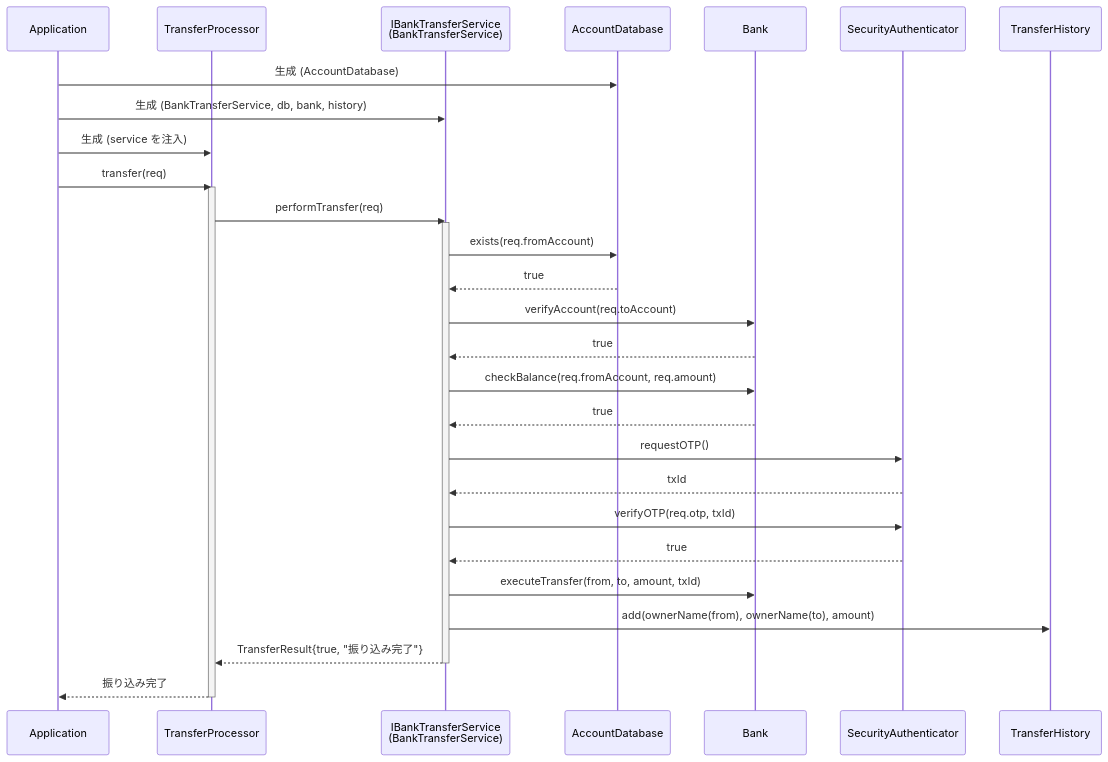
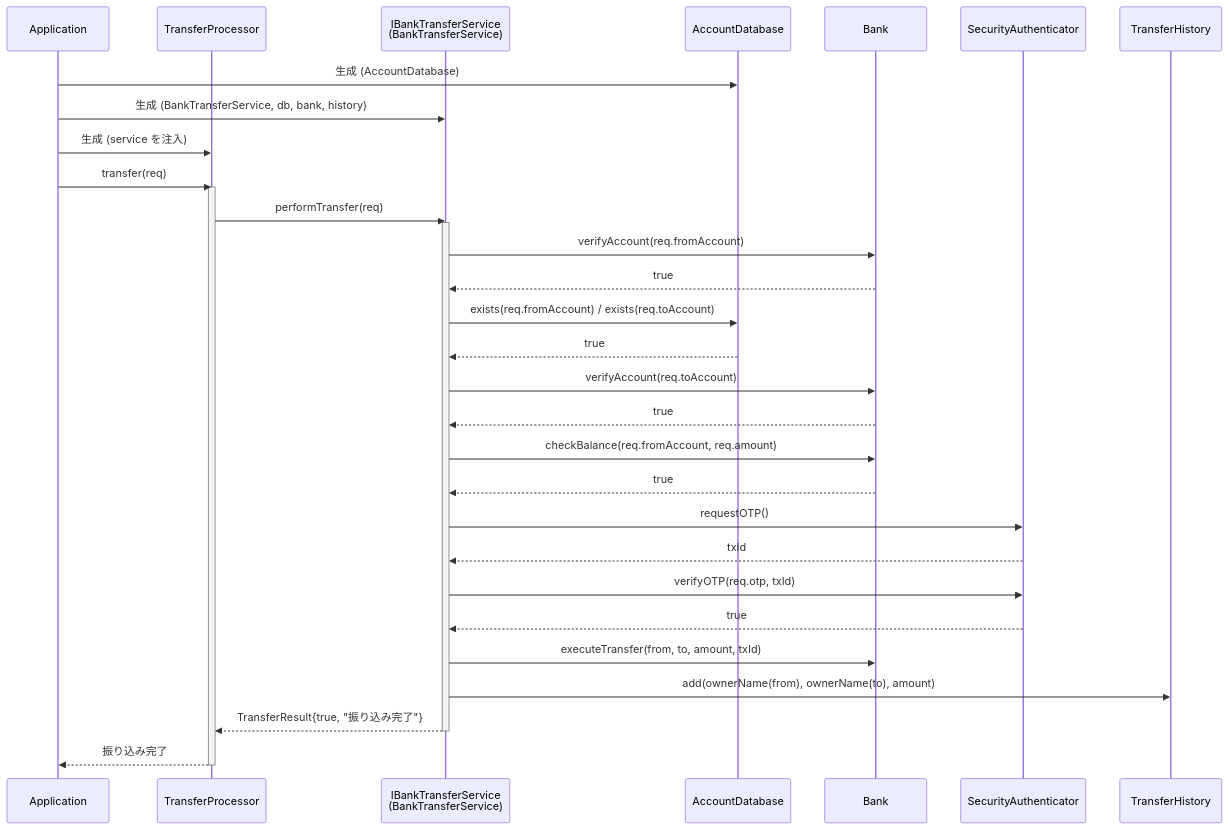
Diagram 15 of 18 in kindle/design-patterns/output/chapter02.md (kumachan1101-pixel/DesignPattern), drawn with Mermaid before and after one commit. The commit also changed other lines of this file and 21 other files, not shown here.

````diff
--- a/kindle/design-patterns/output/chapter02.md
+++ b/kindle/design-patterns/output/chapter02.md
@@ -1734,34 +1780,36 @@
 ```mermaid
 sequenceDiagram
     participant App as Application
     participant T as TransferProcessor
     participant F as IBankTransferService<br/>(BankTransferService)
     participant DB as AccountDatabase
     participant G as Bank
     participant A as SecurityAuthenticator
     participant H as TransferHistory
 
     App->>DB: 生成 (AccountDatabase)
     App->>F: 生成 (BankTransferService, db, bank, history)
     App->>T: 生成 (service を注入)
     App->>T: transfer(req)
     activate T
     T->>F: performTransfer(req)
     activate F
-    F->>DB: exists(req.fromAccount)
+    F->>G: verifyAccount(req.fromAccount)
+    G-->>F: true
+    F->>DB: exists(req.fromAccount) / exists(req.toAccount)
     DB-->>F: true
     F->>G: verifyAccount(req.toAccount)
     G-->>F: true
     F->>G: checkBalance(req.fromAccount, req.amount)
     G-->>F: true
     F->>A: requestOTP()
     A-->>F: txId
     F->>A: verifyOTP(req.otp, txId)
     A-->>F: true
     F->>G: executeTransfer(from, to, amount, txId)
     F->>H: add(ownerName(from), ownerName(to), amount)
     F-->>T: TransferResult{true, "振り込み完了"}
     deactivate F
     T-->>App: 振り込み完了
     deactivate T
 ```
````
